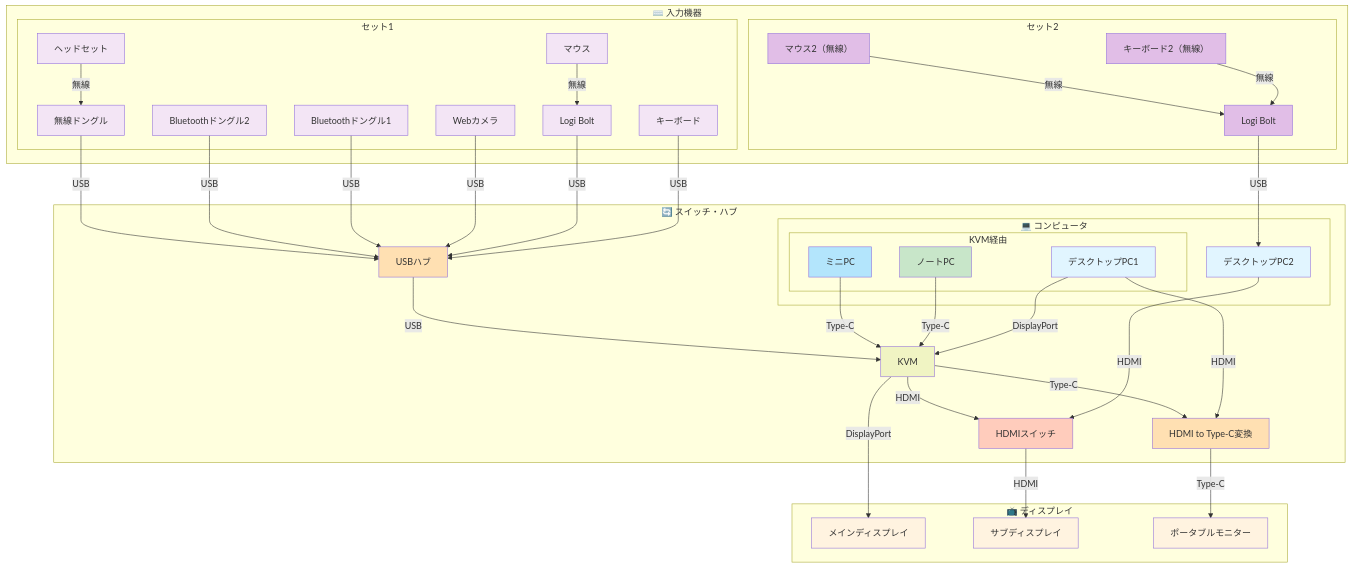
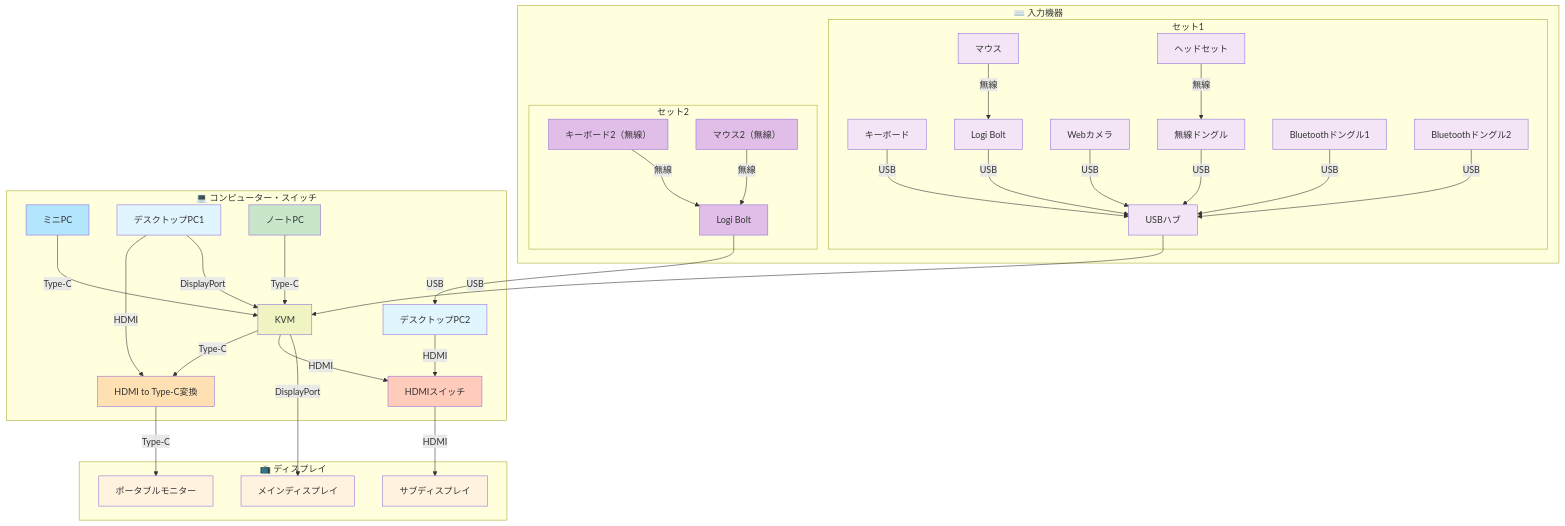
One commit to nuitsjp/MyEnvironments changed the diagram in デスク設計.md. Above: the diagram before and after it, drawn with Mermaid.

Commit message:
接続図のセット2を更新し、USBハブの位置を整理。スイッチ・ハブの構成を明確化し、スタイルを修正。

```diff
--- a/デスク設計.md
+++ b/デスク設計.md
@@ -14,6 +14,7 @@
             WSDONGLE["無線ドングル"]
             BT1["Bluetoothドングル1"]
             BT2["Bluetoothドングル2"]
+            USBHUB["USBハブ"]
         end
 
         subgraph SET2["セット2"]
@@ -25,21 +26,14 @@
 
     INPUT ~~~ SWITCH
 
-    subgraph SWITCH["🔄 スイッチ・ハブ"]
+    subgraph SWITCH["💻 コンピューター・スイッチ"]
         KVM["KVM"]
         HUB1["HDMI to Type-C変換"]
         HDMISW["HDMIスイッチ"]
-        USBHUB["USBハブ"]
-
-        subgraph COMPUTERS["💻 コンピュータ"]
-            PC2["デスクトップPC2"]
-
-            subgraph PC["KVM経由"]
-                MINIPC["ミニPC"]
-                PC1["デスクトップPC1"]
-                NOTEBOOK["ノートPC"]
-            end
-        end
+        PC2["デスクトップPC2"]
+        MINIPC["ミニPC"]
+        PC1["デスクトップPC1"]
+        NOTEBOOK["ノートPC"]
     end
 
     subgraph DISPLAYS["📺 ディスプレイ"]
@@ -87,7 +81,7 @@
     style KVM fill:#f0f4c3
     style HUB1 fill:#ffe0b2
     style HDMISW fill:#ffccbc
-    style USBHUB fill:#ffe0b2
+    style USBHUB fill:#f3e5f5
     style BT1 fill:#f3e5f5
     style BT2 fill:#f3e5f5
     style DIS1 fill:#fff3e0
```
